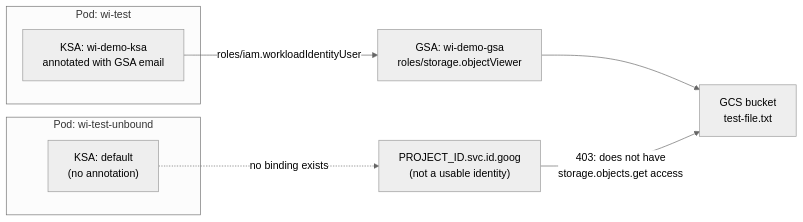
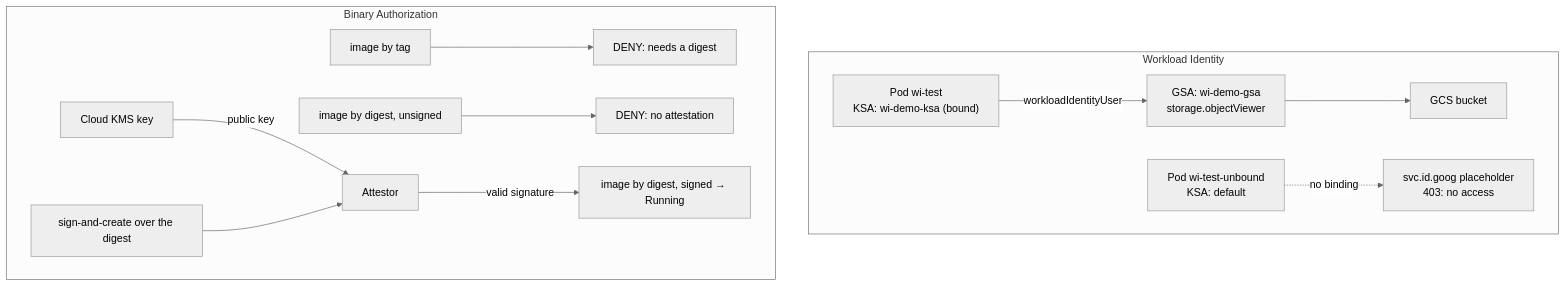
Before and after one commit to datacouch-io/Advanced_Kubernetes_Nutanix: the diagram in lab-D-workload-identity-binary-authorization.md, drawn with Mermaid (neutral theme). The commit also changed other lines of this file and 320 other files, not shown here.

````diff
--- a/lab-D-workload-identity-binary-authorization.md
+++ b/lab-D-workload-identity-binary-authorization.md
@@ -68,15 +40,15 @@
 ```mermaid
-flowchart LR
-    subgraph BOUND["Pod: wi-test"]
-        KSA1["KSA: wi-demo-ksa<br/>annotated with GSA email"]
+flowchart TB
+    subgraph WI["Workload Identity"]
+        KSA1["Pod wi-test<br/>KSA: wi-demo-ksa (bound)"] -->|"workloadIdentityUser"| GSA["GSA: wi-demo-gsa<br/>storage.objectViewer"]
+        GSA --> BUCKET["GCS bucket"]
+        KSA2["Pod wi-test-unbound<br/>KSA: default"] -.->|"no binding"| PH["svc.id.goog placeholder<br/>403: no access"]
     end
-    subgraph UNBOUND["Pod: wi-test-unbound"]
-        KSA2["KSA: default<br/>(no annotation)"]
+    subgraph BA["Binary Authorization"]
+        KMS["Cloud KMS key"] -->|"public key"| ATT["Attestor"]
+        IMGT["image by tag"] --> D1["DENY: needs a digest"]
+        IMGU["image by digest, unsigned"] --> D2["DENY: no attestation"]
+        SIGN["sign-and-create over the digest"] --> ATT
+        ATT -->|"valid signature"| ADMIT["image by digest, signed → Running"]
     end
-
-    KSA1 -->|"roles/iam.workloadIdentityUser"| GSA["GSA: wi-demo-gsa<br/>roles/storage.objectViewer"]
-    GSA --> BUCKET["GCS bucket<br/>test-file.txt"]
-
-    KSA2 -.->|"no binding exists"| PLACEHOLDER["PROJECT_ID.svc.id.goog<br/>(not a usable identity)"]
-    PLACEHOLDER -- "403: does not have<br/>storage.objects.get access" --> BUCKET
 ```
````
